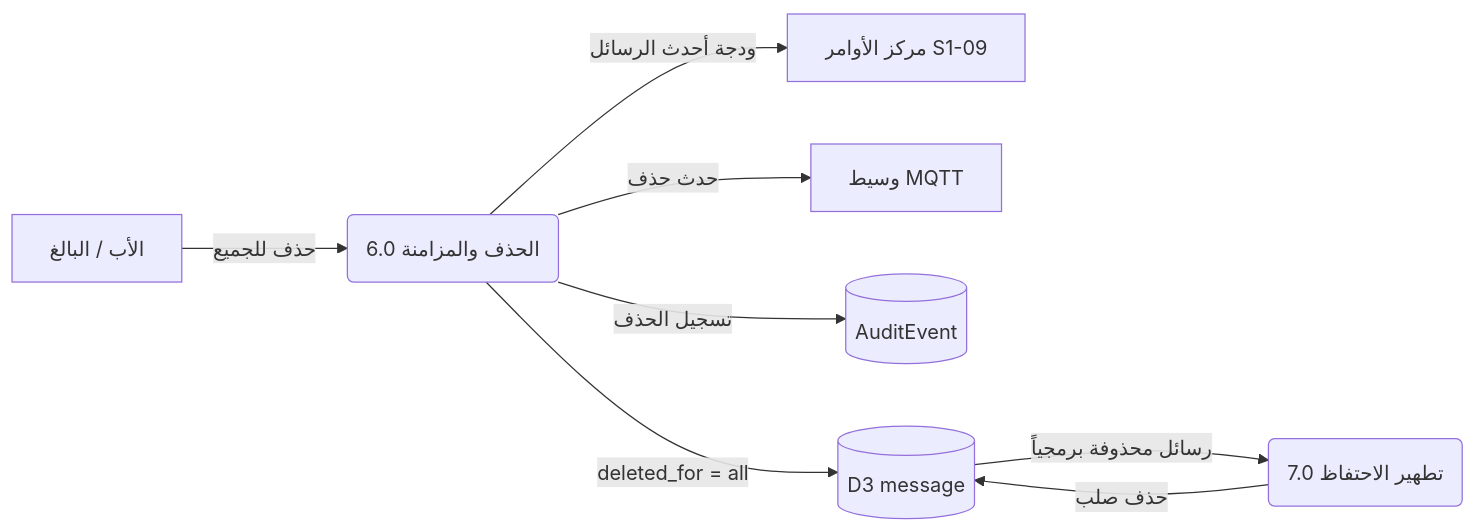
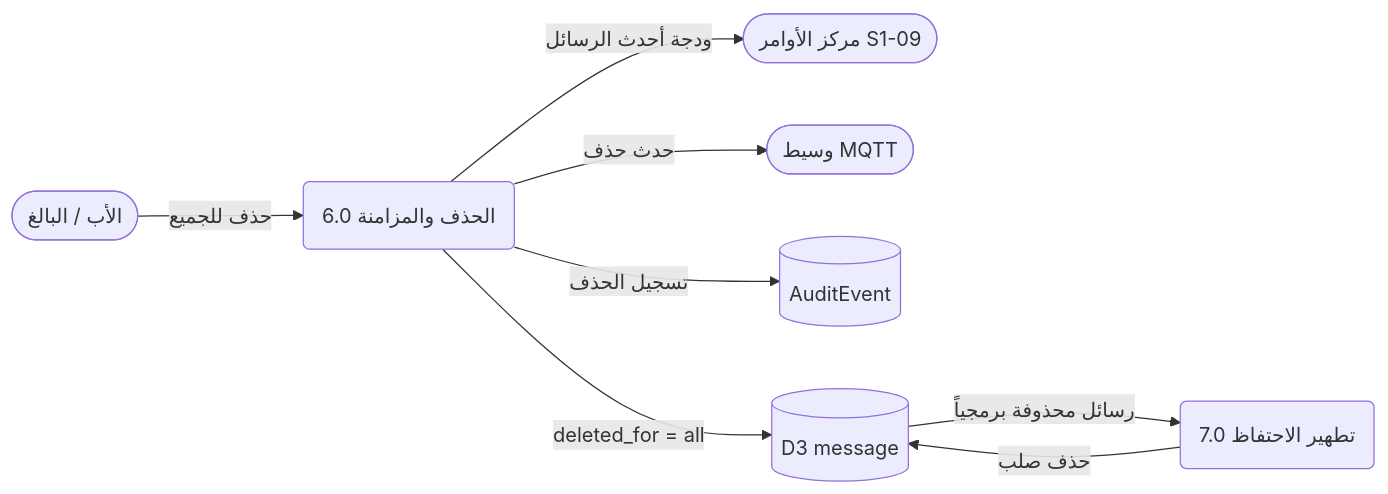
One commit to Bassam-mohammed-alqaeadi/family-os-v2 changed diagram 24 of 27 in docs/family-os/governance/phases/phase-1/S1-08-chat-basic/DIAGRAMS.md. Above: the diagram before and after it, drawn with Mermaid. The commit also changed other lines of this file, not shown here.

````diff
--- a/docs/family-os/governance/phases/phase-1/S1-08-chat-basic/DIAGRAMS.md
+++ b/docs/family-os/governance/phases/phase-1/S1-08-chat-basic/DIAGRAMS.md
@@ -852,18 +854,18 @@
 ```mermaid
 flowchart LR
-    Father[الأب / البالغ]
-    S109[مركز الأوامر S1-09]
-    MQTT[وسيط MQTT]
+    Father([الأب / البالغ])
+    S109([مركز الأوامر S1-09])
+    MQTT([وسيط MQTT])
     Audit[(AuditEvent)]
     P6(6.0 الحذف والمزامنة)
     P7(7.0 تطهير الاحتفاظ)
     D3[(D3 message)]
 
     Father -->|حذف للجميع| P6
     P6 -->|deleted_for = all| D3
     P6 -->|حدث حذف| MQTT
     P6 -->|تسجيل الحذف| Audit
     P6 -->|ودجة أحدث الرسائل| S109
     D3 -->|رسائل محذوفة برمجياً| P7
     P7 -->|حذف صلب| D3
 ```
````
